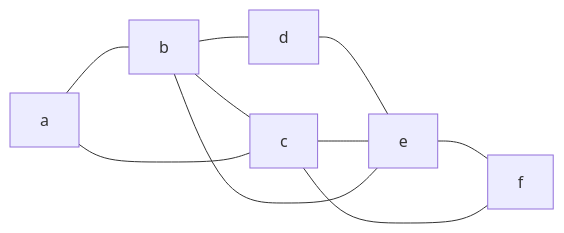
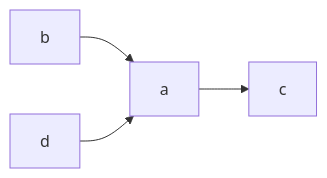
The diagram in T2/acompanhamento/marco-3.md (SamuelBenicio/trabalho-2-fox), drawn with Mermaid before and after one commit. The commit also changed other lines of this file, not shown here.

````diff
--- a/T2/acompanhamento/marco-3.md
+++ b/T2/acompanhamento/marco-3.md
@@ -44,12 +67,6 @@
 ```mermaid
 graph LR
-    a --- b
-    b --- c
-    c --- a
-    b --- d
-    d --- e
-    e --- b
-    c --- e
-    e --- f
-    f --- c
+    b --> a
+    d --> a
+    a --> c
 ```
````
